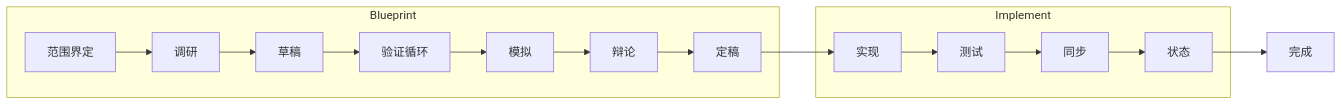
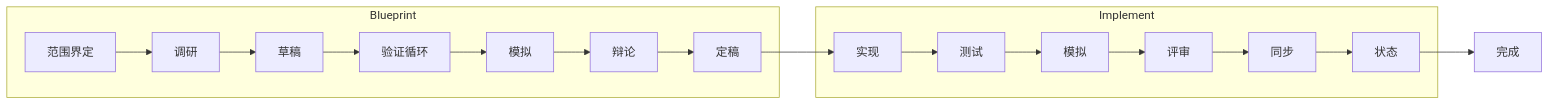
Before and after one commit to imtemp-dev/claude-forge: the first of 3 diagrams in README.zh.md, drawn with Mermaid. The commit also changed other lines of this file and 3 other files, not shown here.

First line of the commit message:
Sync READMEs with vision/roadmap, review step, and CLI updates

````diff
--- a/README.zh.md
+++ b/README.zh.md
@@ -32,12 +32,12 @@
 ```mermaid
 flowchart LR
     subgraph Blueprint
         S["范围界定"] --> R["调研"] --> D["草稿"] --> V["验证循环"]
         V --> SIM["模拟"] --> DB["辩论"] --> F["定稿"]
     end
     subgraph Implement
-        IMP["实现"] --> T["测试"] --> SY["同步"] --> ST["状态"]
+        IMP["实现"] --> T["测试"] --> CSM["模拟"] --> RV["评审"] --> SY["同步"] --> ST["状态"]
     end
     F --> IMP
     ST --> DONE["完成"]
 ```
````
